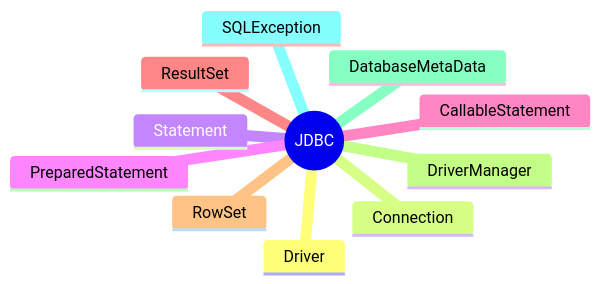
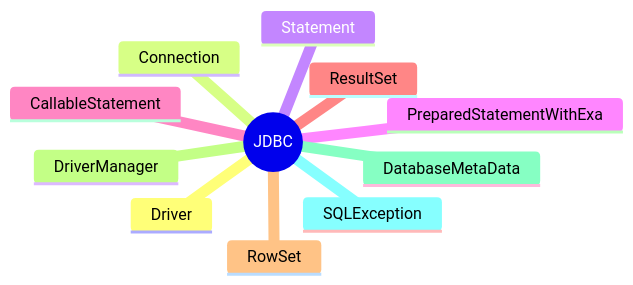
The second of 11 diagrams in README.md (kundankumarsharma56/JDBC-Learning), drawn with Mermaid before and after one commit. The commit also changed other lines of this file and 129 other files, not shown here.

````diff
--- a/README.md
+++ b/README.md
@@ -64,14 +64,14 @@
 ```mermaid
 mindmap
   root((JDBC))
     Driver
     Connection
     Statement
-    PreparedStatement
+    PreparedStatementWithExa
     CallableStatement
     ResultSet
     RowSet
     DriverManager
     DatabaseMetaData
     SQLException
 ```
````
